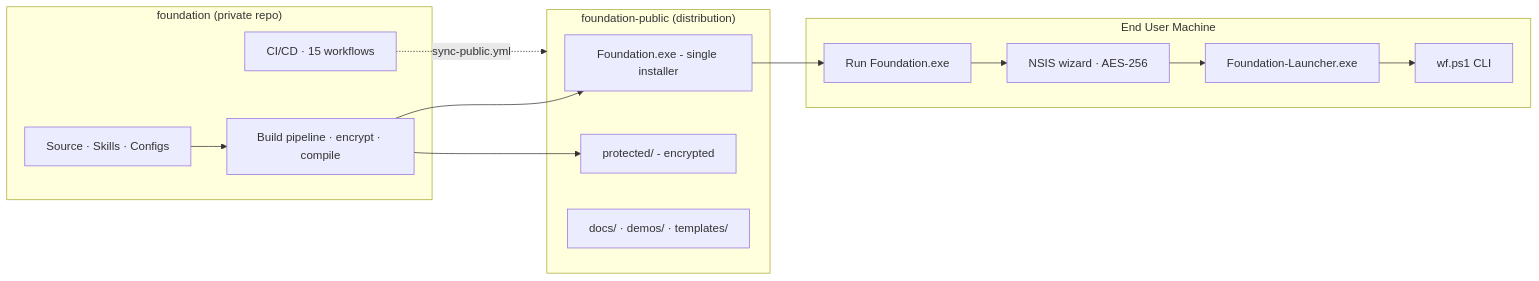
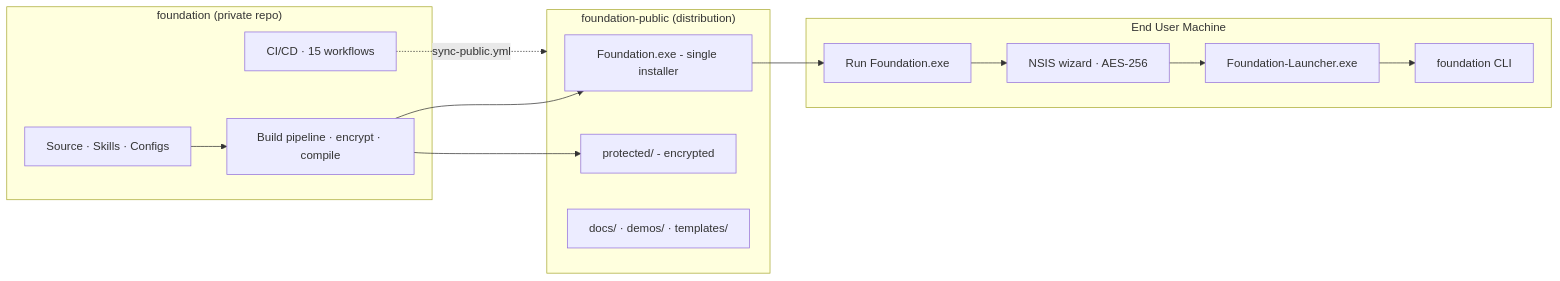
Before and after one commit to EmmanuelOrtiz87/gentle-vanguard: the third of 3 diagrams in README.md, drawn with Mermaid. The commit also changed other lines of this file and 58 other files, not shown here.

````diff
--- a/README.md
+++ b/README.md
@@ -205,27 +205,27 @@
 ```mermaid
 flowchart LR
     subgraph Private["foundation (private repo)"]
         SRC[Source · Skills · Configs]
         BUILD[Build pipeline · encrypt · compile]
         CI[CI/CD · 15 workflows]
     end
 
     subgraph Public["foundation-public (distribution)"]
         EXE[Foundation.exe - single installer]
         PROTECTED[protected/ - encrypted]
         PDOCS[docs/ · demos/ · templates/]
     end
 
     subgraph User["End User Machine"]
         INSTALL[Run Foundation.exe]
         WIZARD[NSIS wizard · AES-256]
         LAUNCHER[Foundation-Launcher.exe]
-        WF_CMD[wf.ps1 CLI]
+        WF_CMD[foundation CLI]
     end
 
     SRC --> BUILD
     BUILD --> EXE
     BUILD --> PROTECTED
     EXE --> INSTALL --> WIZARD --> LAUNCHER --> WF_CMD
     CI -.->|sync-public.yml| Public
 ```
````
